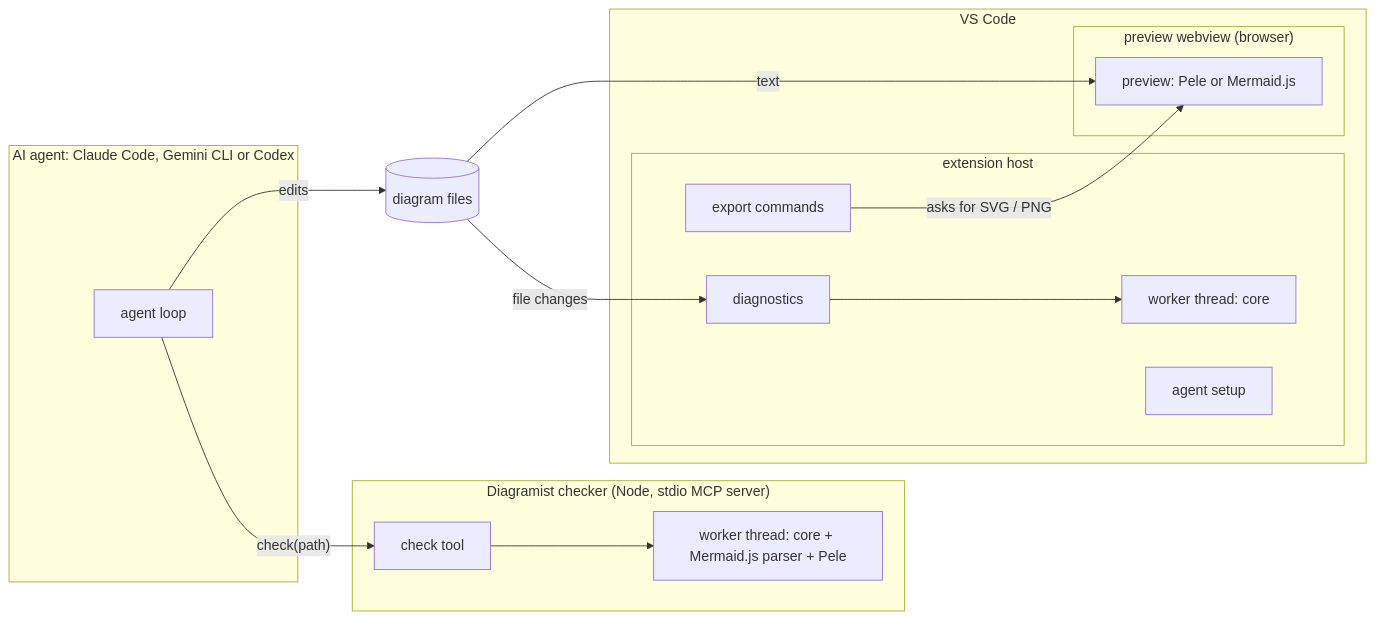
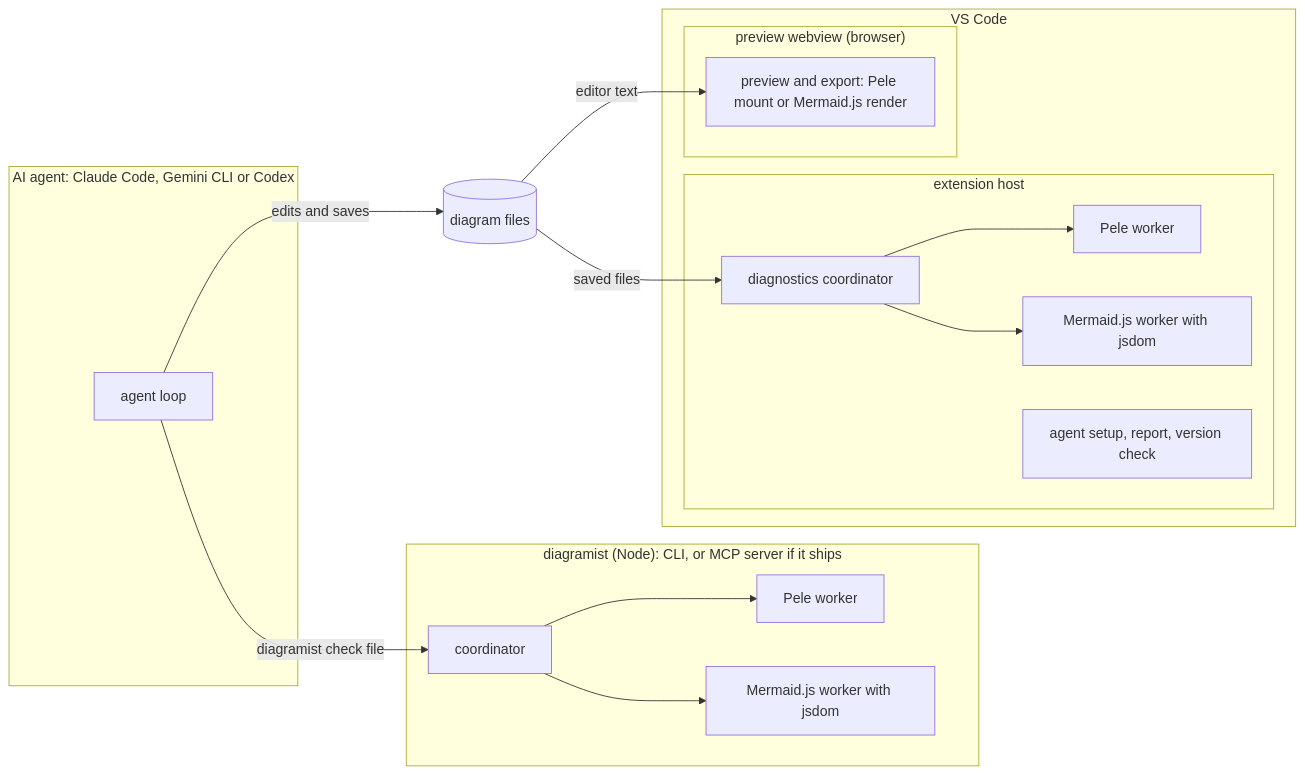
The diagram in docs/designs/diagramist.md (beshoysabri/diagramist), drawn with Mermaid before and after one commit. The commit also changed other lines of this file and 1 other file, not shown here.

````diff
--- a/docs/designs/diagramist.md
+++ b/docs/designs/diagramist.md
@@ -226,25 +255,25 @@
 ```mermaid
 flowchart LR
   subgraph AG["AI agent: Claude Code, Gemini CLI or Codex"]
     A["agent loop"]
   end
-  subgraph CK["Diagramist checker (Node, stdio MCP server)"]
-    T["check tool"] --> W1["worker thread: core + Mermaid.js parser + Pele"]
+  subgraph CK["diagramist (Node): CLI, or MCP server if it ships"]
+    C1["coordinator"] --> PW1["Pele worker"]
+    C1 --> MW1["Mermaid.js worker with jsdom"]
   end
   subgraph VS["VS Code"]
     subgraph EH["extension host"]
-      DG["diagnostics"] --> W2["worker thread: core"]
-      EX["export commands"]
-      AS["agent setup"]
+      DG["diagnostics coordinator"] --> PW2["Pele worker"]
+      DG --> MW2["Mermaid.js worker with jsdom"]
+      AS["agent setup, report, version check"]
     end
     subgraph WV["preview webview (browser)"]
-      PV["preview: Pele or Mermaid.js"]
+      PV["preview and export: Pele mount or Mermaid.js render"]
     end
   end
   F[("diagram files")]
-  A -- "check(path)" --> T
-  A -- "edits" --> F
-  F -- "file changes" --> DG
-  F -- "text" --> PV
-  EX -- "asks for SVG / PNG" --> PV
+  A -- "diagramist check file" --> C1
+  A -- "edits and saves" --> F
+  F -- "saved files" --> DG
+  F -- "editor text" --> PV
 ```
````
